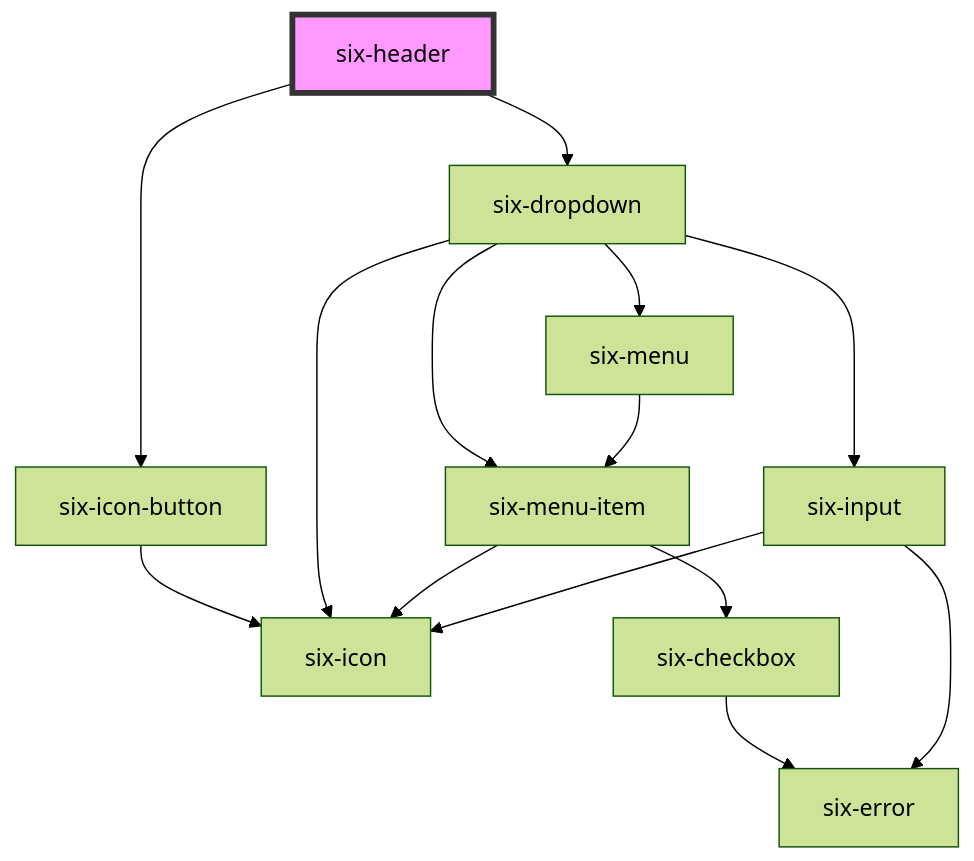
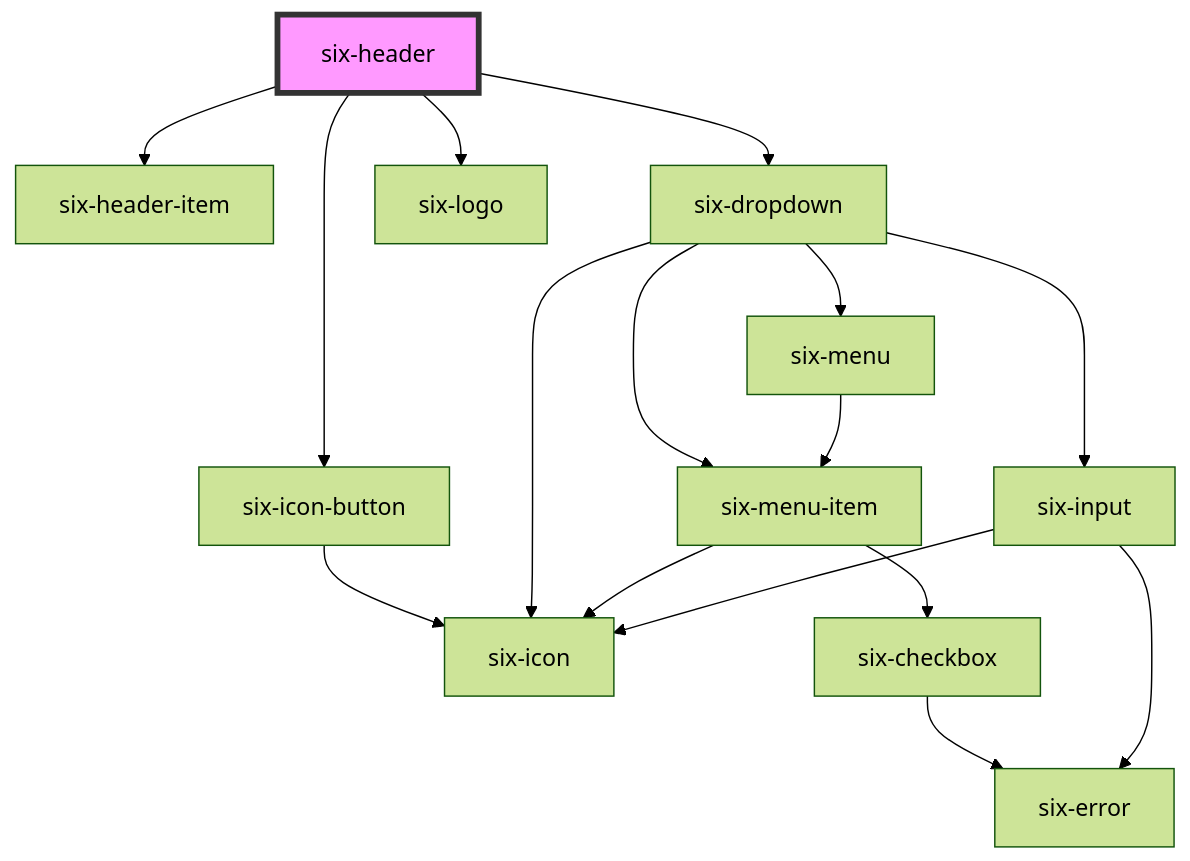
One commit to six-group/six-webcomponents changed the diagram in docs/components/six-header.md. Above: the diagram before and after it, drawn with Mermaid (forest theme). The commit also changed other lines of this file and 75 other files, not shown here.

````diff
--- a/docs/components/six-header.md
+++ b/docs/components/six-header.md
@@ -352,17 +472,19 @@
 ```mermaid
 graph TD;
+  six-header --> six-header-item
   six-header --> six-icon-button
   six-header --> six-dropdown
+  six-header --> six-logo
   six-icon-button --> six-icon
   six-dropdown --> six-menu-item
   six-dropdown --> six-input
   six-dropdown --> six-icon
   six-dropdown --> six-menu
   six-menu-item --> six-checkbox
   six-menu-item --> six-icon
   six-checkbox --> six-error
   six-input --> six-icon
   six-input --> six-error
   six-menu --> six-menu-item
   style six-header fill:#f9f,stroke:#333,stroke-width:4px
 ```
````
